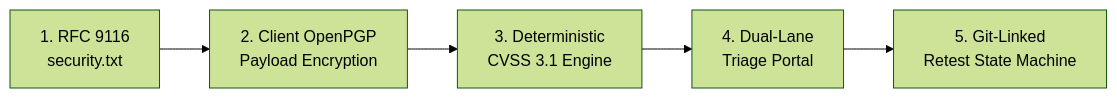
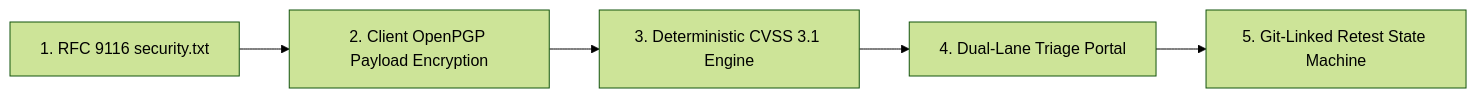
Before and after one commit to Taha-Asad/BugBountyTracker: the second of 2 diagrams in requirements/WEEK_1_DISCOVERY_REPORT.md, drawn with Mermaid (forest theme). The commit also changed other lines of this file and 7 other files, not shown here.

Commit message:
fix(week1): resolve markdown table underscore emphasis, heading spacing, and mermaid syntax

````diff
--- a/requirements/WEEK_1_DISCOVERY_REPORT.md
+++ b/requirements/WEEK_1_DISCOVERY_REPORT.md
@@ -224,7 +186,7 @@
 ```mermaid
 flowchart LR
-    F1["1. RFC 9116<br/>security.txt"] --> F2["2. Client OpenPGP<br/>Payload Encryption"]
-    F2 --> F3["3. Deterministic<br/>CVSS 3.1 Engine"]
-    F3 --> F4["4. Dual-Lane<br/>Triage Portal"]
-    F4 --> F5["5. Git-Linked<br/>Retest State Machine"]
+    F1["1. RFC 9116 security.txt"] --> F2["2. Client OpenPGP Payload Encryption"]
+    F2 --> F3["3. Deterministic CVSS 3.1 Engine"]
+    F3 --> F4["4. Dual-Lane Triage Portal"]
+    F4 --> F5["5. Git-Linked Retest State Machine"]
 ```
````
